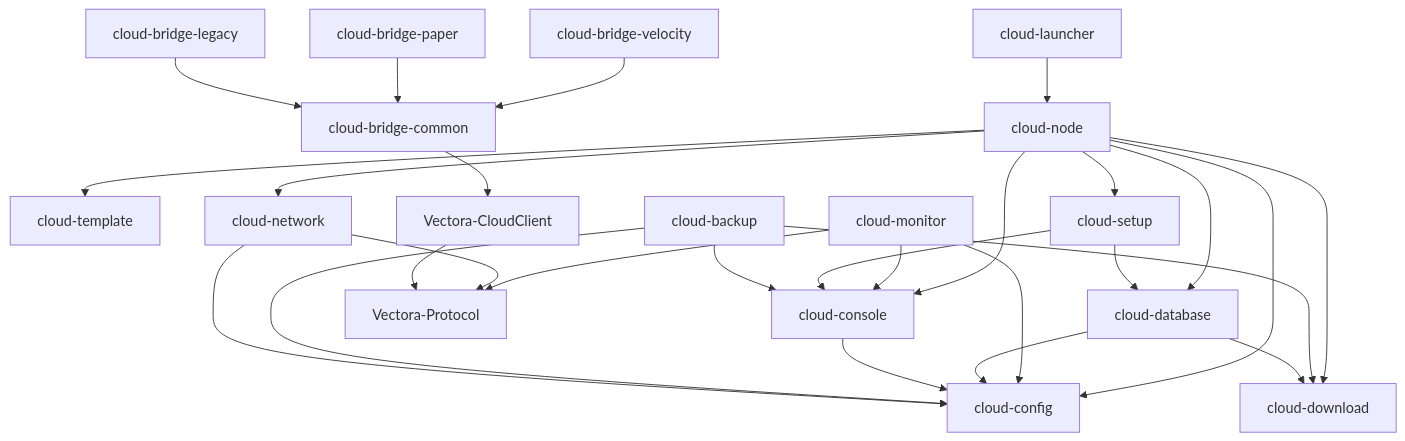
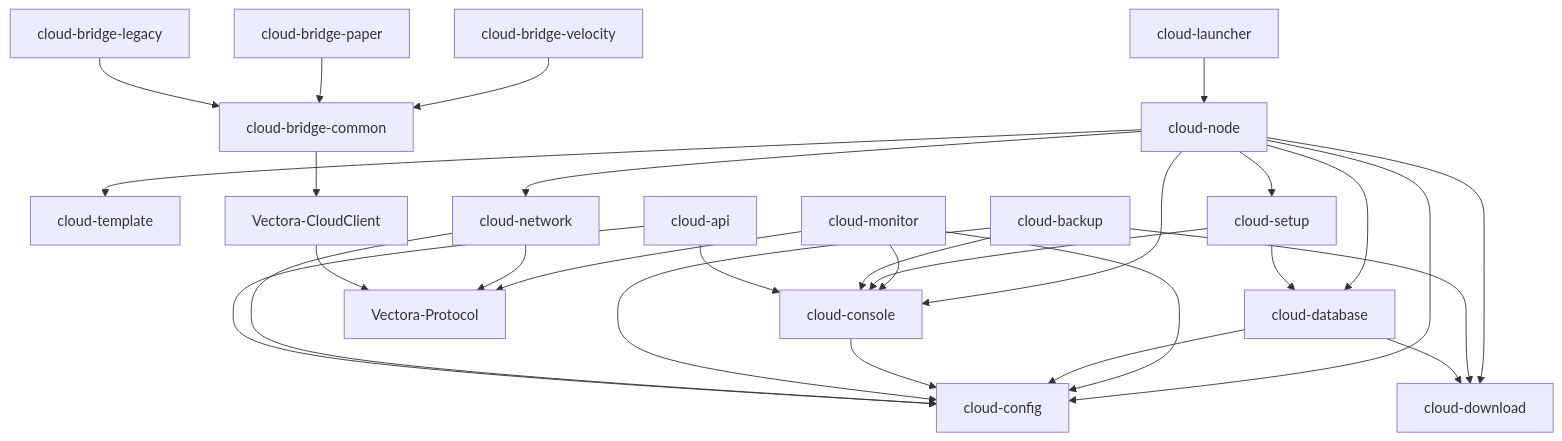
One commit to VectoDE/VectolynCloud changed the diagram in docs/cloud/architecture.md. Above: the diagram before and after it, drawn with Mermaid. The commit also changed other lines of this file and 78 other files, not shown here.

First line of the commit message:
feat(cloud-api): REST and WebSocket API with scoped tokens

````diff
--- a/docs/cloud/architecture.md
+++ b/docs/cloud/architecture.md
@@ -37,29 +38,31 @@
 ```mermaid
 graph TD
     launcher[cloud-launcher] --> node[cloud-node]
     node --> config[cloud-config]
     node --> template[cloud-template]
     node --> download[cloud-download]
     node --> network[cloud-network]
     node --> database[cloud-database]
     node --> console[cloud-console]
     node --> setup[cloud-setup]
     monitor[cloud-monitor] --> config
     monitor --> console
     monitor --> protocol
     database --> config
     console[cloud-console] --> config
     setup[cloud-setup] --> console
     setup --> database
     backup[cloud-backup] --> config
     backup --> console
     backup --> download
     database --> download
     network --> config
+    api[cloud-api] --> config
+    api --> console
     network --> protocol[Vectora-Protocol]
     client[Vectora-CloudClient] --> protocol
     bcom[cloud-bridge-common] --> client
     bvel[cloud-bridge-velocity] --> bcom
     bpap[cloud-bridge-paper] --> bcom
     bleg[cloud-bridge-legacy] --> bcom
 ```
````
